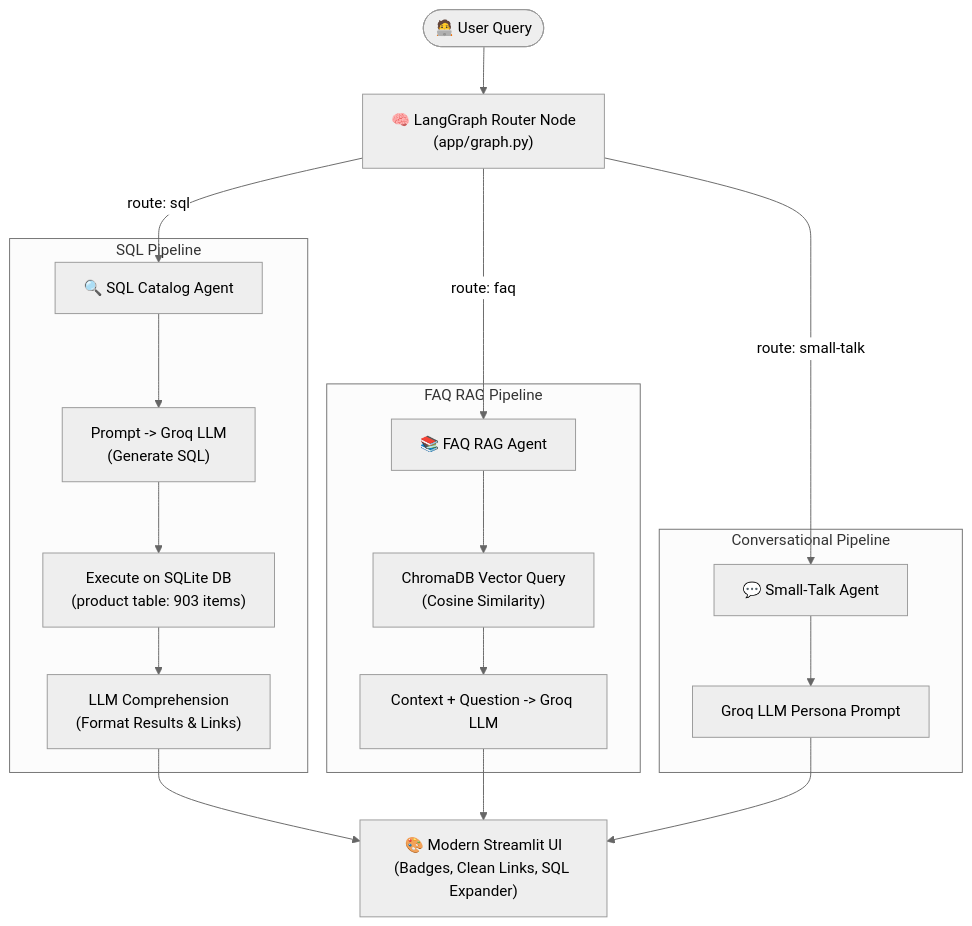
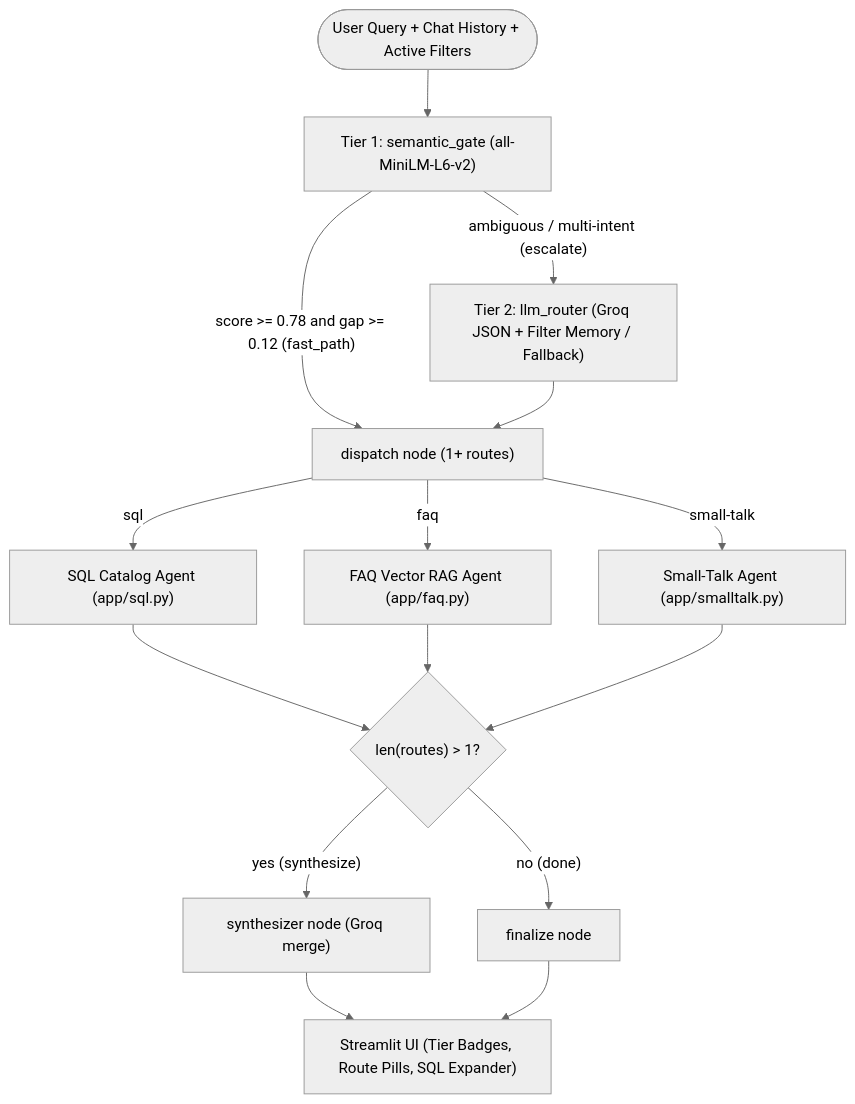
The diagram in README.md (yogeshwaran-cse/ShopGenie-Ecom-AI-Assistant), drawn with Mermaid (neutral theme) before and after one commit. The commit also changed other lines of this file and 7 other files, not shown here.

First line of the commit message:
feat: implement semantic-first tiered router with multi-intent & filter memory

````diff
--- a/README.md
+++ b/README.md
@@ -25,27 +29,22 @@
 ```mermaid
 flowchart TD
-    User([🧑‍💻 User Query]) --> Router["🧠 LangGraph Router Node<br/>(app/graph.py)"]
-    
-    Router -->|route: sql| SQLAgent["🔍 SQL Catalog Agent"]
-    Router -->|route: faq| FAQAgent["📚 FAQ RAG Agent"]
-    Router -->|route: small-talk| TalkAgent["💬 Small-Talk Agent"]
-    
-    subgraph SQL Pipeline
-        SQLAgent --> GenSQL["Prompt -> Groq LLM<br/>(Generate SQL)"]
-        GenSQL --> ExecSQL["Execute on SQLite DB<br/>(product table: 903 items)"]
-        ExecSQL --> CompSQL["LLM Comprehension<br/>(Format Results & Links)"]
-    end
-    
-    subgraph FAQ RAG Pipeline
-        FAQAgent --> ChromaQuery["ChromaDB Vector Query<br/>(Cosine Similarity)"]
-        ChromaQuery --> GenFAQ["Context + Question -> Groq LLM"]
-    end
-    
-    subgraph Conversational Pipeline
-        TalkAgent --> GenTalk["Groq LLM Persona Prompt"]
-    end
+    User(["User Query + Chat History + Active Filters"]) --> Gate["Tier 1: semantic_gate (all-MiniLM-L6-v2)"]
 
-    CompSQL --> UI["🎨 Modern Streamlit UI<br/>(Badges, Clean Links, SQL Expander)"]
-    GenFAQ --> UI
-    GenTalk --> UI
+    Gate -->|"score >= 0.78 and gap >= 0.12 (fast_path)"| Dispatch["dispatch node (1+ routes)"]
+    Gate -->|"ambiguous / multi-intent (escalate)"| LLMRouter["Tier 2: llm_router (Groq JSON + Filter Memory / Fallback)"]
+    LLMRouter --> Dispatch
+
+    Dispatch -->|sql| SQLAgent["SQL Catalog Agent (app/sql.py)"]
+    Dispatch -->|faq| FAQAgent["FAQ Vector RAG Agent (app/faq.py)"]
+    Dispatch -->|small-talk| TalkAgent["Small-Talk Agent (app/smalltalk.py)"]
+
+    SQLAgent --> SynthCheck{"len(routes) > 1?"}
+    FAQAgent --> SynthCheck
+    TalkAgent --> SynthCheck
+
+    SynthCheck -->|"yes (synthesize)"| Synth["synthesizer node (Groq merge)"]
+    SynthCheck -->|"no (done)"| Final["finalize node"]
+
+    Synth --> UI["Streamlit UI (Tier Badges, Route Pills, SQL Expander)"]
+    Final --> UI
 ```
````
